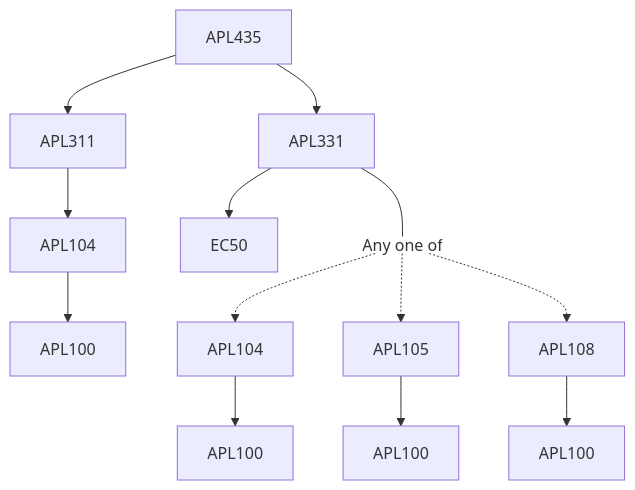
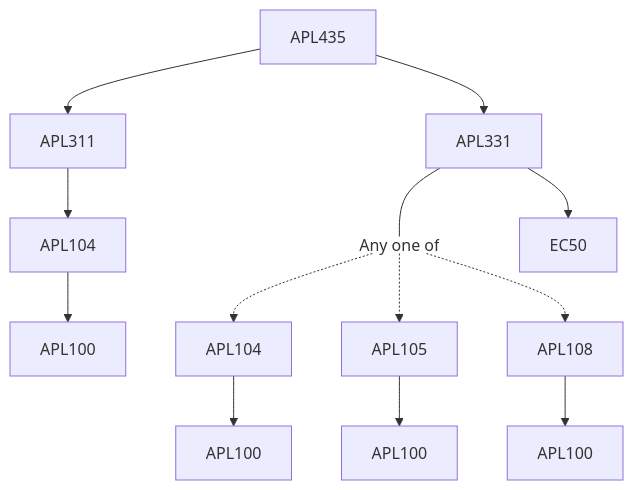
One commit to KeshavBansal0122/CoS_Website changed the diagram in content/Applied Mechanics/APL435.md. Above: the diagram before and after it, drawn with Mermaid. The commit also changed other lines of this file and 392 other files, not shown here.

````diff
--- a/content/Applied Mechanics/APL435.md
+++ b/content/Applied Mechanics/APL435.md
@@ -13,19 +13,19 @@
 ```mermaid
 flowchart TD
 APL435-44[APL435]
-APL311-44 --> APL104-44[APL104]
-APL104-44 --> APL100-44[APL100]
-APL331-44 --> EC50-44[EC50]
-APL435-44 --> APL311-44[APL311]
-APL435-44 --> APL331-44[APL331]
 APL331-44 --- Or45[Any one of]:::empty
 APL104-46 --> APL100-46[APL100]
 Or45 -.-> APL104-46[APL104]
 Or45 -.-> APL105-47[APL105]
 APL105-47 --> APL100-47[APL100]
+Or45 -.-> APL108-48[APL108]
 APL108-48 --> APL100-48[APL100]
-Or45 -.-> APL108-48[APL108]
+APL435-44 --> APL311-44[APL311]
+APL435-44 --> APL331-44[APL331]
+APL104-44 --> APL100-44[APL100]
+APL311-44 --> APL104-44[APL104]
+APL331-44 --> EC50-44[EC50]
 
 classDef empty height:17px, fill:transparent, stroke:transparent;
 classDef trueEmpty height:0px, width:0px;
 ```
````
